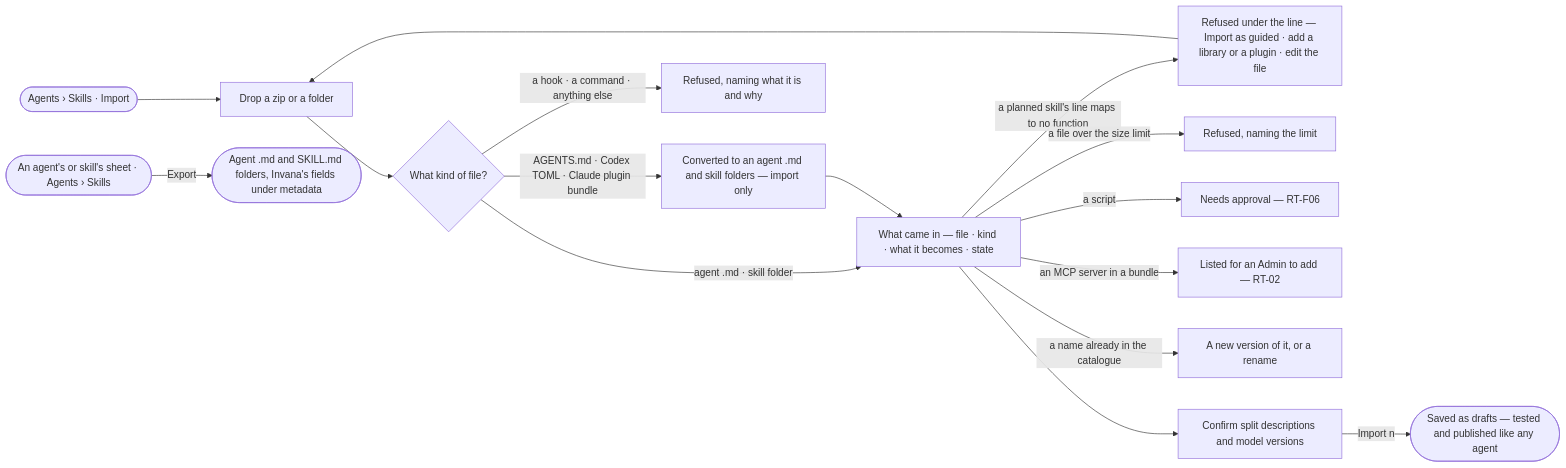
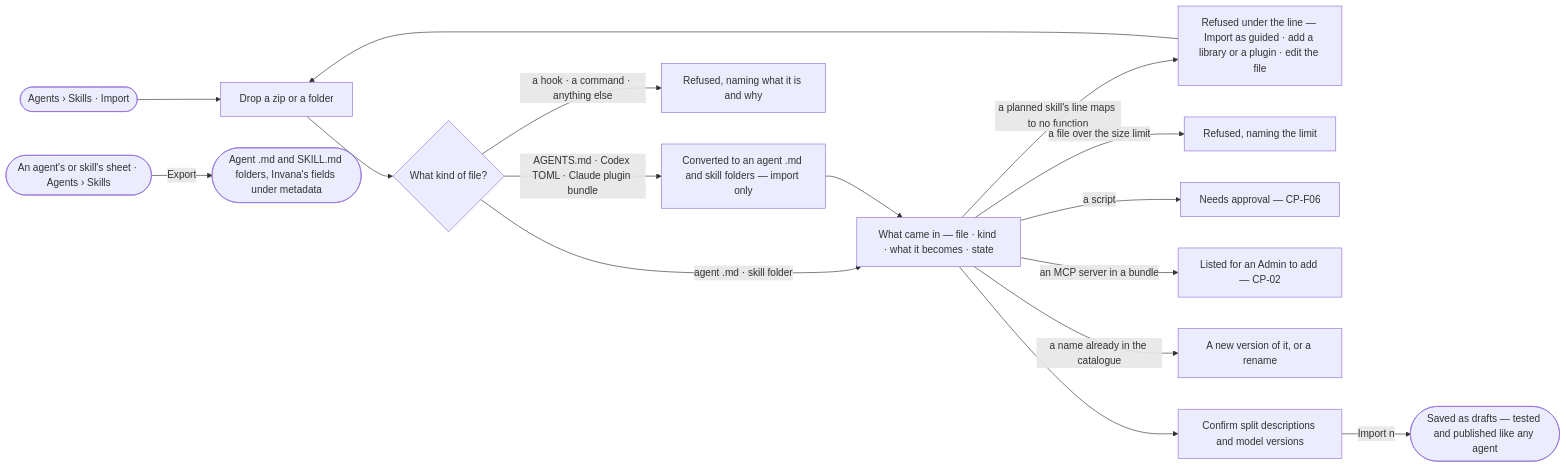
Before and after one commit to invana/invana: the diagram in specs/capabilities/agents/features/AG-F08-portable-agents-and-skills/stories/AG-39-bring-agents-and-skills-in-as-standard-files-and-export-them/story.md, drawn with Mermaid. The commit also changed other lines of this file and 522 other files, not shown here.

````diff
--- a/specs/capabilities/agents/features/AG-F08-portable-agents-and-skills/stories/AG-39-bring-agents-and-skills-in-as-standard-files-and-export-them/story.md
+++ b/specs/capabilities/agents/features/AG-F08-portable-agents-and-skills/stories/AG-39-bring-agents-and-skills-in-as-standard-files-and-export-them/story.md
@@ -27,17 +27,17 @@
 ```mermaid
 flowchart LR
   a([Agents › Skills · Import]) --> d["Drop a zip or a folder"]
   d --> k{"What kind of file?"}
   k -->|agent .md · skill folder| m["What came in — file · kind · what it becomes · state"]
   k -->|AGENTS.md · Codex TOML · Claude plugin bundle| cv["Converted to an agent .md and skill folders — import only"]
   cv --> m
   k -->|a hook · a command · anything else| rk["Refused, naming what it is and why"]
   m -->|a planned skill's line maps to no function| r["Refused under the line — Import as guided · add a library or a plugin · edit the file"] --> d
   m -->|a file over the size limit| rs["Refused, naming the limit"]
-  m -->|a script| ap["Needs approval — RT-F06"]
-  m -->|an MCP server in a bundle| ms["Listed for an Admin to add — RT-02"]
+  m -->|a script| ap["Needs approval — CP-F06"]
+  m -->|an MCP server in a bundle| ms["Listed for an Admin to add — CP-02"]
   m -->|a name already in the catalogue| nv["A new version of it, or a rename"]
   m --> cf["Confirm split descriptions and model versions"]
   cf -->|Import n| s(["Saved as drafts — tested and published like any agent"])
   e([An agent's or skill's sheet · Agents › Skills]) -->|Export| f(["Agent .md and SKILL.md folders, Invana's fields under metadata"])
 ```
````
